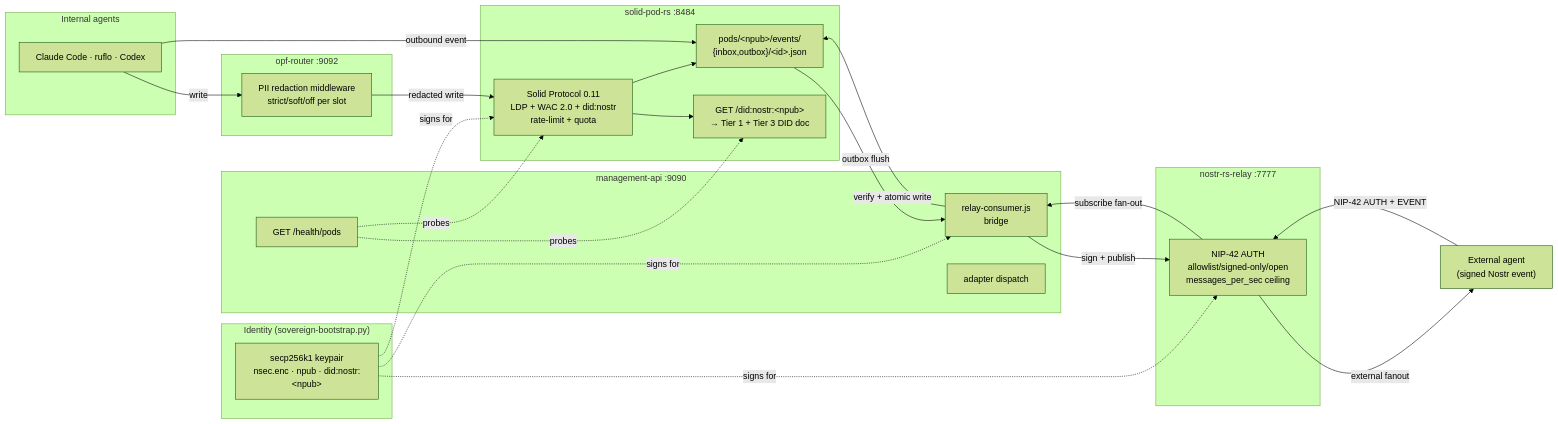
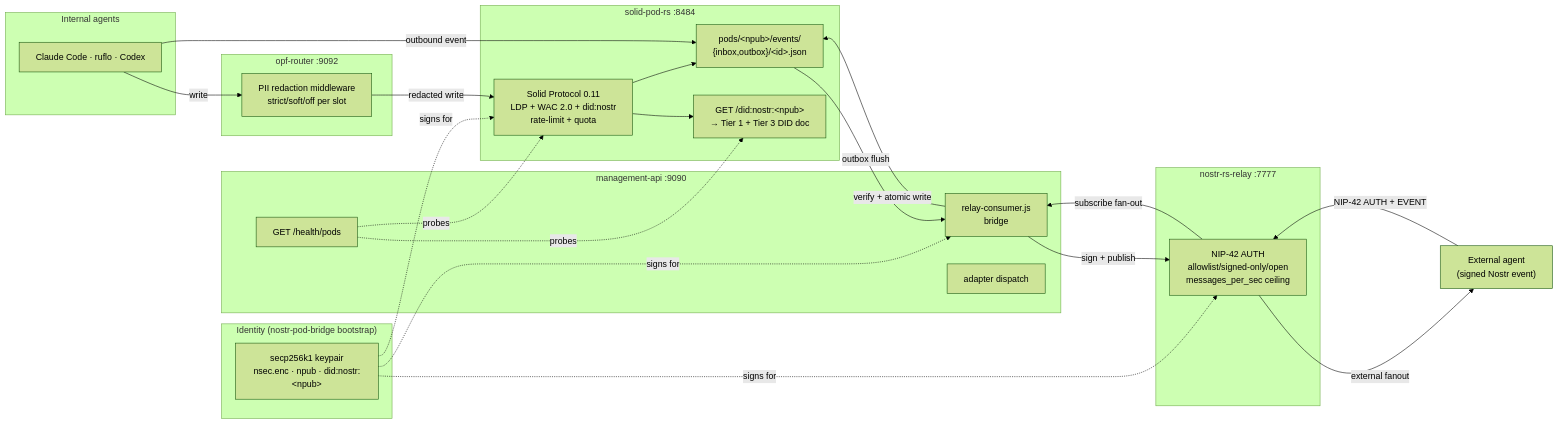
One commit to DreamLab-AI/agentbox changed the diagram in docs/user/sovereign-stack.md. Above: the diagram before and after it, drawn with Mermaid (forest theme). The commit also changed other lines of this file and 11 other files, not shown here.

First line of the commit message:
docs: point the sovereign identity docs at nostr-pod-bridge

````diff
--- a/docs/user/sovereign-stack.md
+++ b/docs/user/sovereign-stack.md
@@ -22,42 +22,42 @@
 ```mermaid
 flowchart LR
-    subgraph identity["Identity (sovereign-bootstrap.py)"]
+    subgraph identity["Identity (nostr-pod-bridge bootstrap)"]
         KP["secp256k1 keypair<br/>nsec.enc · npub · did:nostr:&lt;npub&gt;"]
     end
     subgraph pod["solid-pod-rs :8484"]
         POD["Solid Protocol 0.11<br/>LDP + WAC 2.0 + did:nostr<br/>rate-limit + quota"]
         MBOX["pods/&lt;npub&gt;/events/<br/>{inbox,outbox}/&lt;id&gt;.json"]
         DID_DOC["GET /did:nostr:&lt;npub&gt;<br/>→ Tier 1 + Tier 3 DID doc"]
         POD --> MBOX
         POD --> DID_DOC
     end
     subgraph relay["nostr-rs-relay :7777"]
         REL["NIP-42 AUTH<br/>allowlist/signed-only/open<br/>messages_per_sec ceiling"]
     end
     subgraph privacy["opf-router :9092"]
         OPF["PII redaction middleware<br/>strict/soft/off per slot"]
     end
     subgraph api["management-api :9090"]
         RC["relay-consumer.js<br/>bridge"]
         H["GET /health/pods"]
         API["adapter dispatch"]
     end
     subgraph agents["Internal agents"]
         AG["Claude Code · ruflo · Codex"]
     end
 
     EXT["External agent<br/>(signed Nostr event)"] -->|NIP-42 AUTH + EVENT| REL
     REL -->|subscribe fan-out| RC
     RC -->|verify + atomic write| MBOX
     KP -.->|signs for| POD
     KP -.->|signs for| REL
     KP -.->|signs for| RC
     AG -->|write| OPF
     OPF -->|redacted write| POD
     AG -->|outbound event| MBOX
     MBOX -->|outbox flush| RC
     RC -->|sign + publish| REL
     REL -->|external fanout| EXT
     H -.->|probes| POD
     H -.->|probes| DID_DOC
 ```
````
